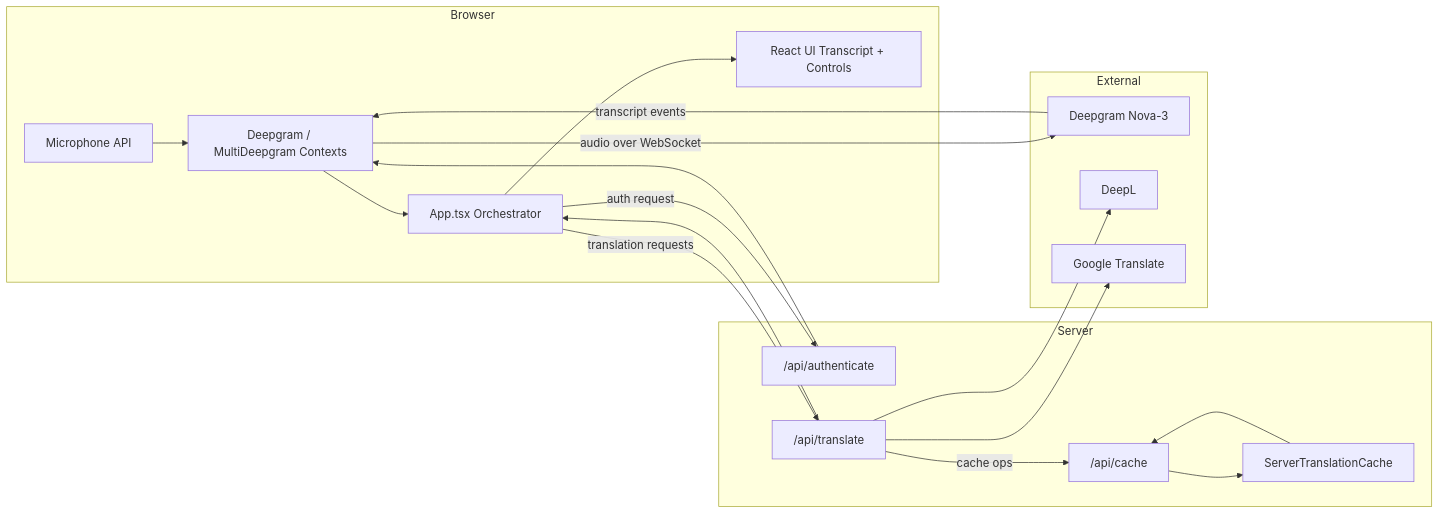
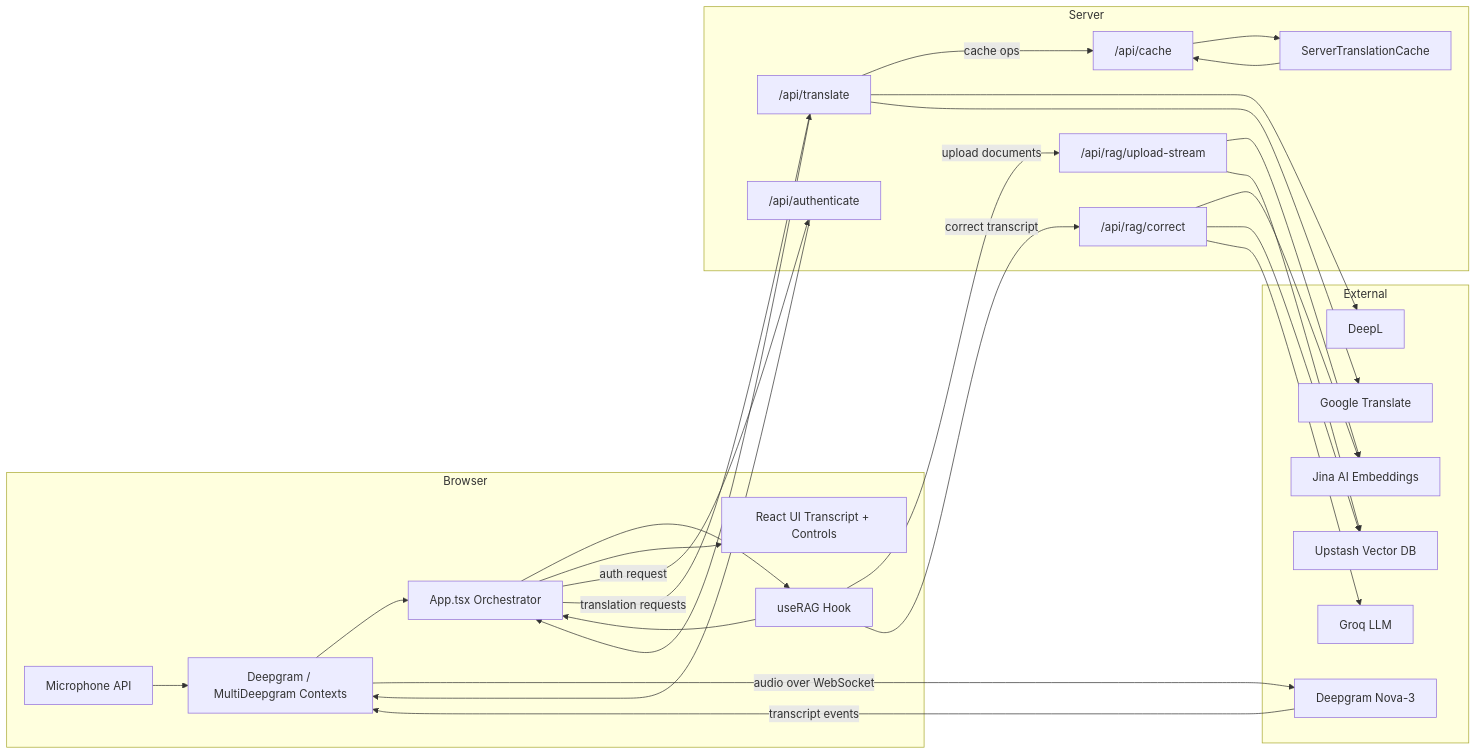
Before and after one commit to islamborghini/livecaps: the first of 4 diagrams in ARCHITECTURE_AND_WALKTHROUGH.md, drawn with Mermaid. The commit also changed other lines of this file and 3 other files, not shown here.

````diff
--- a/ARCHITECTURE_AND_WALKTHROUGH.md
+++ b/ARCHITECTURE_AND_WALKTHROUGH.md
@@ -85,41 +88,57 @@
 ```mermaid
 flowchart LR
   subgraph Browser
     Mic[Microphone API]
     DGCtx[Deepgram / MultiDeepgram Contexts]
     App[App.tsx Orchestrator]
+    RAGHook[useRAG Hook]
     UI[React UI Transcript + Controls]
   end
 
   subgraph Server
     Auth["/api/authenticate"]
     Translate["/api/translate"]
     CacheAPI["/api/cache"]
     Cache["ServerTranslationCache"]
+    RAGCorrect["/api/rag/correct"]
+    RAGUpload["/api/rag/upload-stream"]
   end
 
   subgraph External
     DG[Deepgram Nova-3]
     DL[DeepL]
     GT[Google Translate]
+    Jina[Jina AI Embeddings]
+    Upstash[Upstash Vector DB]
+    Groq[Groq LLM]
   end
 
   Mic --> DGCtx
   DGCtx --> App
+  App --> RAGHook
+  RAGHook --> App
   App --> UI
 
   App -->|auth request| Auth
   Auth --> DGCtx
 
   DGCtx -->|audio over WebSocket| DG
   DG -->|transcript events| DGCtx
 
   App -->|translation requests| Translate
   Translate -->|cache ops| CacheAPI
   CacheAPI --> Cache
   Cache --> CacheAPI
 
   Translate --> DL
   Translate --> GT
   Translate --> App
+
+  RAGHook -->|upload documents| RAGUpload
+  RAGHook -->|correct transcript| RAGCorrect
+  RAGUpload --> Jina
+  RAGUpload --> Upstash
+  RAGCorrect --> Jina
+  RAGCorrect --> Upstash
+  RAGCorrect --> Groq
 ```
````
